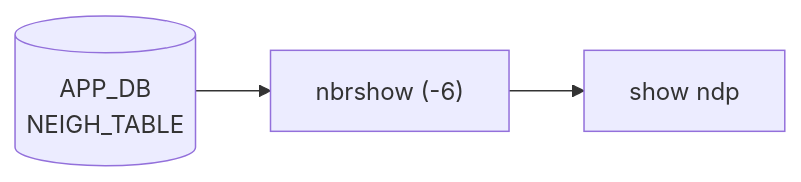
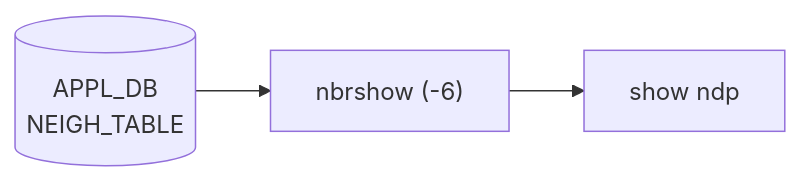
The diagram in docs/reference/cli/show-ndp.md (aoki-taquan/sonic-unofficial-docs), drawn with Mermaid before and after one commit. The commit also changed 15 other files, not shown here.

````diff
--- a/docs/reference/cli/show-ndp.md
+++ b/docs/reference/cli/show-ndp.md
@@ -71,7 +71,7 @@
 ```mermaid
 flowchart LR
   CLI["show ndp"]
-  SRC0[("APP_DB<br/>NEIGH_TABLE")]
+  SRC0[("APPL_DB<br/>NEIGH_TABLE")]
   V0["nbrshow (-6)"]
   SRC0 --> V0 --> CLI
 ```
````
